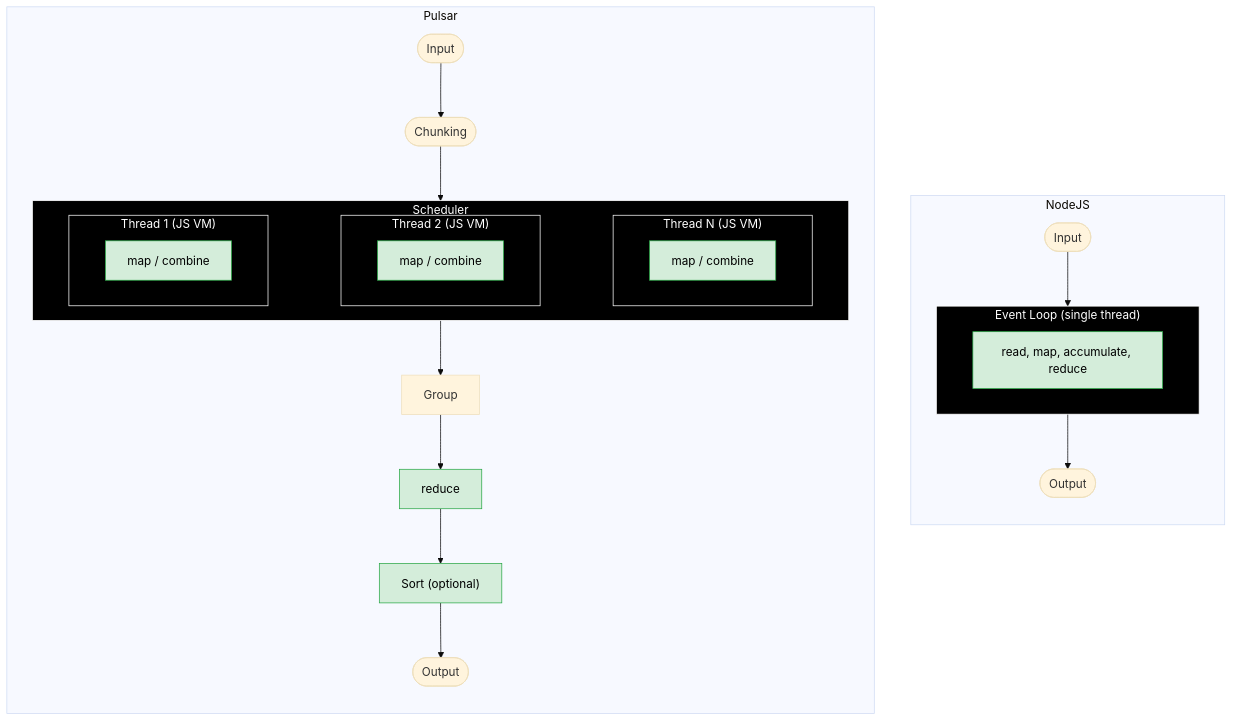
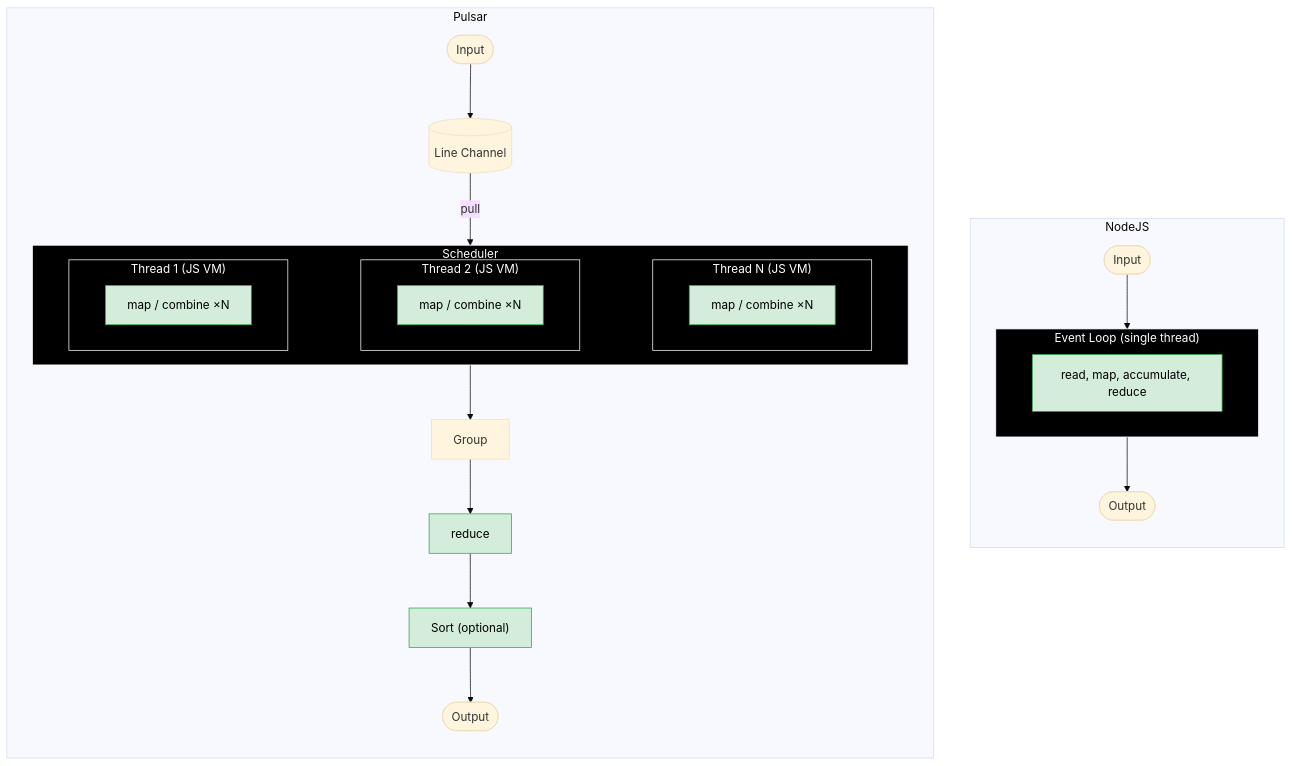
The diagram in README.md (mauri870/pulsar), drawn with Mermaid (base theme) before and after one commit. The commit also changed other lines of this file and 2 other files, not shown here.

Commit message:
implement a pull based approach

````diff
--- a/README.md
+++ b/README.md
@@ -9,42 +13,43 @@
 ```mermaid
 flowchart LR
   classDef engine fill:#000000,stroke:#fff,color:#fff
   subgraph pulsar["Pulsar"]
     direction TB
     pi([Input]) --> ch
-    ch([Chunking]) --> sched
+    ch[(Line Channel)]
     subgraph sched["Scheduler"]
       direction LR
       subgraph w1["Thread 1 (JS VM)"]
-        mc1["map / combine"]
+        mc1["map / combine ×N"]
       end
       subgraph w2["Thread 2 (JS VM)"]
-        mc2["map / combine"]
+        mc2["map / combine ×N"]
       end
       subgraph wn["Thread N (JS VM)"]
-        mcn["map / combine"]
+        mcn["map / combine ×N"]
       end
       mc1 ~~~ mc2 ~~~ mcn
     end
+    ch -->|pull| sched
     sched --> group["Group"] --> reduce["reduce"] --> sort["Sort (optional)"] --> po([Output])
   end
 
   subgraph nodejs["NodeJS"]
     direction TB
     ni([Input]) --> evloop
     subgraph evloop["Event Loop (single thread)"]
       nmap["read, map, accumulate, reduce"]
     end
     evloop --> no([Output])
   end
 
   class sched engine
   class evloop engine
   class w1,w2,wn engine
 
   pulsar ~~~ nodejs
 
   classDef userCode fill:#d4edda,stroke:#28a745,color:#000
   class mc1,mc2,mcn,reduce,sort userCode
   class nmap userCode
 ```
````
